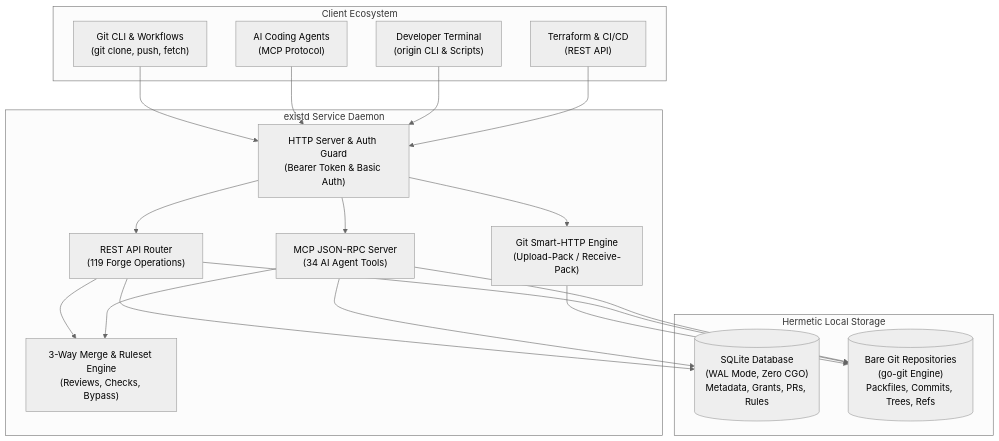
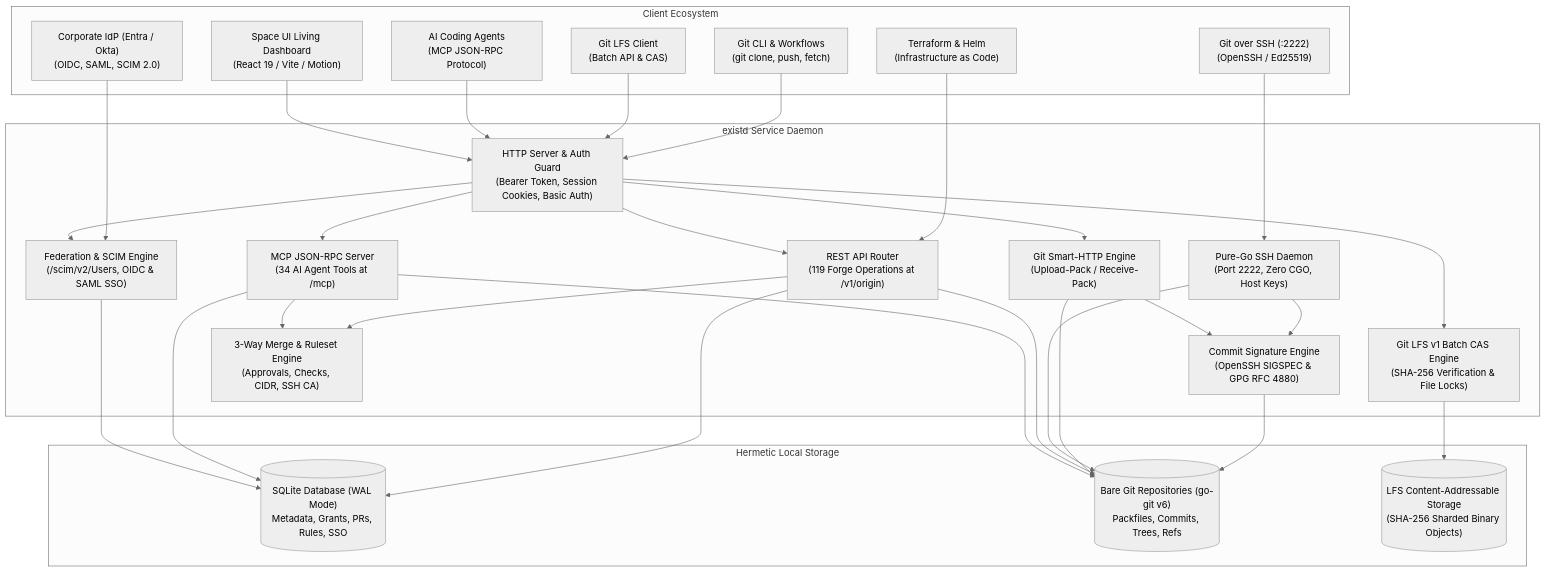
The diagram in site/docs/architecture/index.mdx (RavaniRoshan/exist.io), drawn with Mermaid (neutral theme) before and after one commit. The commit also changed other lines of this file and 9 other files, not shown here.

````diff
--- a/site/docs/architecture/index.mdx
+++ b/site/docs/architecture/index.mdx
@@ -10,40 +10,60 @@
 ```mermaid
 flowchart TD
     subgraph Clients["Client Ecosystem"]
         GitClient["Git CLI & Workflows<br/>(git clone, push, fetch)"]
-        Agent["AI Coding Agents<br/>(MCP Protocol)"]
-        CliUser["Developer Terminal<br/>(origin CLI & Scripts)"]
-        IaC["Terraform & CI/CD<br/>(REST API)"]
+        GitSSH["Git over SSH (:2222)<br/>(OpenSSH / Ed25519)"]
+        GitLFS["Git LFS Client<br/>(Batch API & CAS)"]
+        Agent["AI Coding Agents<br/>(MCP JSON-RPC Protocol)"]
+        WebUI["Space UI Living Dashboard<br/>(React 19 / Vite / Motion)"]
+        IdP["Corporate IdP (Entra / Okta)<br/>(OIDC, SAML, SCIM 2.0)"]
+        IaC["Terraform & Helm<br/>(Infrastructure as Code)"]
     end
 
     subgraph Service["existd Service Daemon"]
-        Gateway["HTTP Server & Auth Guard<br/>(Bearer Token & Basic Auth)"]
+        Gateway["HTTP Server & Auth Guard<br/>(Bearer Token, Session Cookies, Basic Auth)"]
+        SSHServer["Pure-Go SSH Daemon<br/>(Port 2222, Zero CGO, Host Keys)"]
         SmartHTTP["Git Smart-HTTP Engine<br/>(Upload-Pack / Receive-Pack)"]
-        MCPServer["MCP JSON-RPC Server<br/>(34 AI Agent Tools)"]
-        RESTRouter["REST API Router<br/>(119 Forge Operations)"]
-        PolicyEngine["3-Way Merge & Ruleset Engine<br/>(Reviews, Checks, Bypass)"]
+        LFSEngine["Git LFS v1 Batch CAS Engine<br/>(SHA-256 Verification & File Locks)"]
+        SigEngine["Commit Signature Engine<br/>(OpenSSH SIGSPEC & GPG RFC 4880)"]
+        MCPServer["MCP JSON-RPC Server<br/>(34 AI Agent Tools at /mcp)"]
+        RESTRouter["REST API Router<br/>(119 Forge Operations at /v1/origin)"]
+        Federation["Federation & SCIM Engine<br/>(/scim/v2/Users, OIDC & SAML SSO)"]
+        PolicyEngine["3-Way Merge & Ruleset Engine<br/>(Approvals, Checks, CIDR, SSH CA)"]
     end
 
     subgraph Storage["Hermetic Local Storage"]
-        MetaDB[("SQLite Database<br/>(WAL Mode, Zero CGO)<br/>Metadata, Grants, PRs, Rules")]
-        GitRepo[("Bare Git Repositories<br/>(go-git Engine)<br/>Packfiles, Commits, Trees, Refs")]
+        MetaDB[("SQLite Database (WAL Mode)<br/>Metadata, Grants, PRs, Rules, SSO")]
+        GitRepo[("Bare Git Repositories (go-git v6)<br/>Packfiles, Commits, Trees, Refs")]
+        LFSCAS[("LFS Content-Addressable Storage<br/>(SHA-256 Sharded Binary Objects)")]
     end
 
     GitClient --> Gateway
+    GitSSH --> SSHServer
+    GitLFS --> Gateway
     Agent --> Gateway
-    CliUser --> Gateway
-    IaC --> Gateway
+    WebUI --> Gateway
+    IdP --> Federation
+    IaC --> RESTRouter
 
     Gateway --> SmartHTTP
+    Gateway --> LFSEngine
     Gateway --> MCPServer
     Gateway --> RESTRouter
+    Gateway --> Federation
+
+    SSHServer --> SigEngine
+    SmartHTTP --> SigEngine
+    SigEngine --> GitRepo
+    LFSEngine --> LFSCAS
 
     RESTRouter --> PolicyEngine
     MCPServer --> PolicyEngine
 
     SmartHTTP --> GitRepo
+    SSHServer --> GitRepo
     RESTRouter --> GitRepo
     RESTRouter --> MetaDB
     MCPServer --> GitRepo
     MCPServer --> MetaDB
+    Federation --> MetaDB
 ```
````
